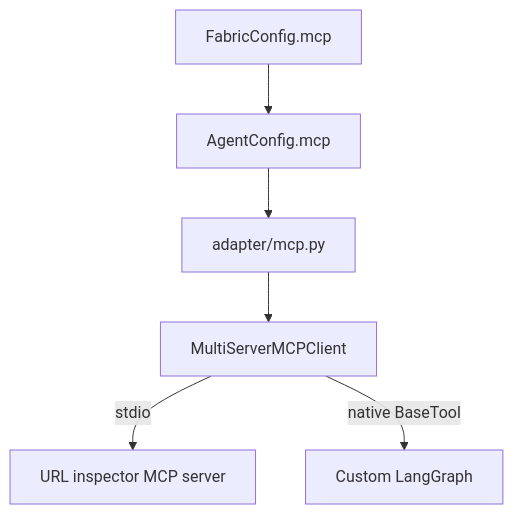
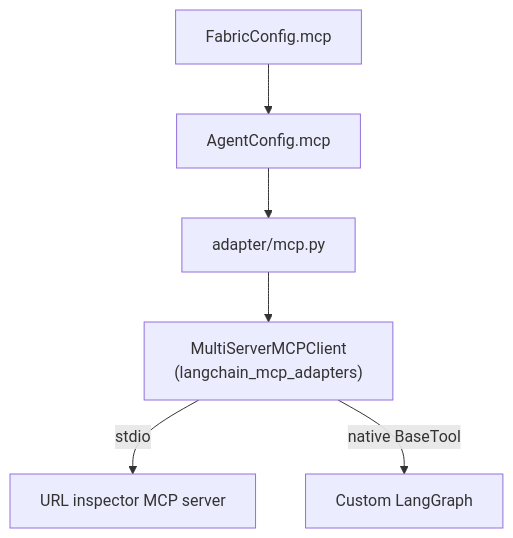
The second of 2 diagrams in examples/langgraph_custom_agent/README.md (AnuradhaKaruppiah/NeMo-Fabric), drawn with Mermaid before and after one commit. The commit also changed 2 other files, not shown here.

Commit message:
fix: clarify LangGraph example integrations

````diff
--- a/examples/langgraph_custom_agent/README.md
+++ b/examples/langgraph_custom_agent/README.md
@@ -98,8 +98,8 @@
 ```mermaid
 flowchart TD
     FabricConfig["FabricConfig.mcp"] --> AgentConfig["AgentConfig.mcp"]
     AgentConfig --> Adapter["adapter/mcp.py"]
-    Adapter --> Client["MultiServerMCPClient"]
+    Adapter --> Client["MultiServerMCPClient<br/>(langchain_mcp_adapters)"]
     Client -->|"stdio"| Server["URL inspector MCP server"]
     Client -->|"native BaseTool"| Graph["Custom LangGraph"]
 ```
````
